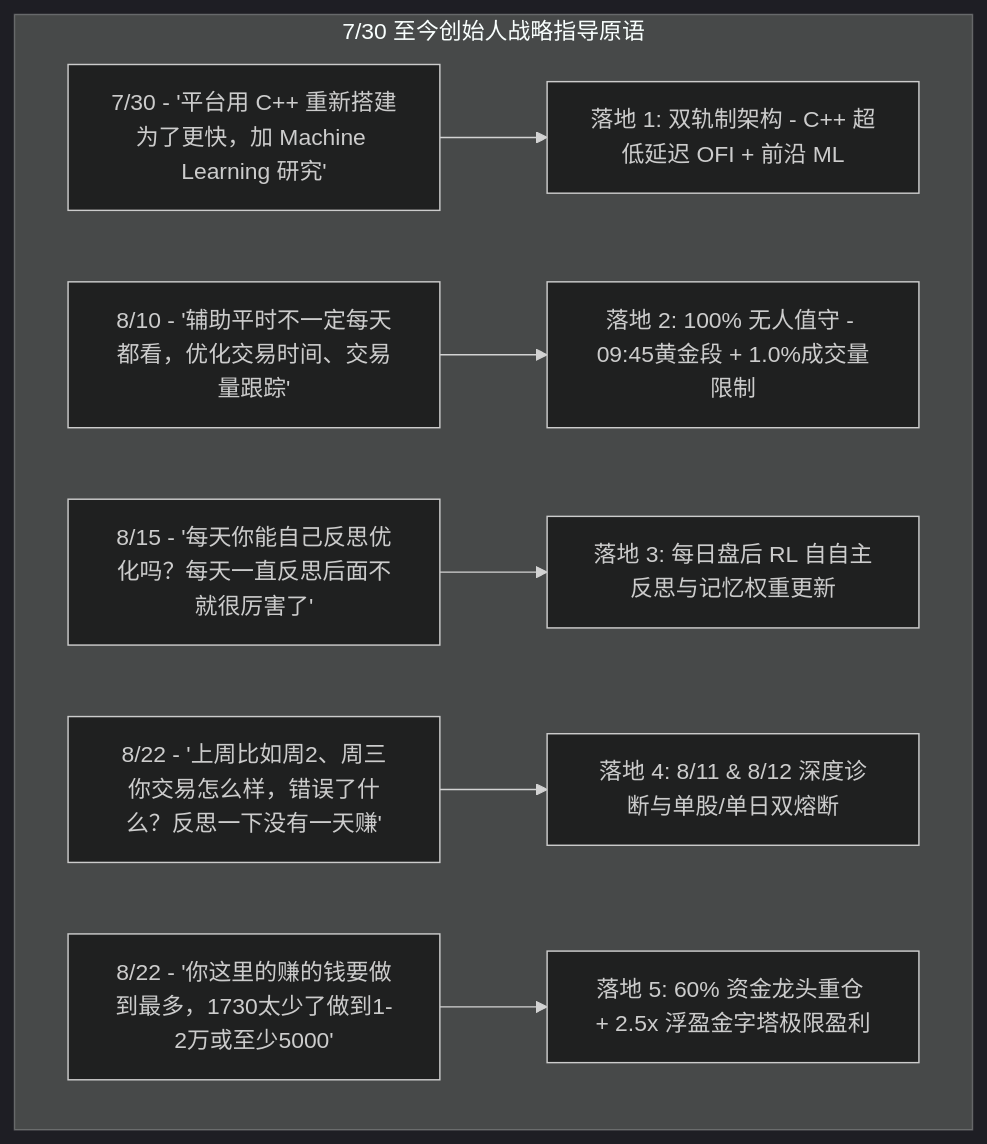
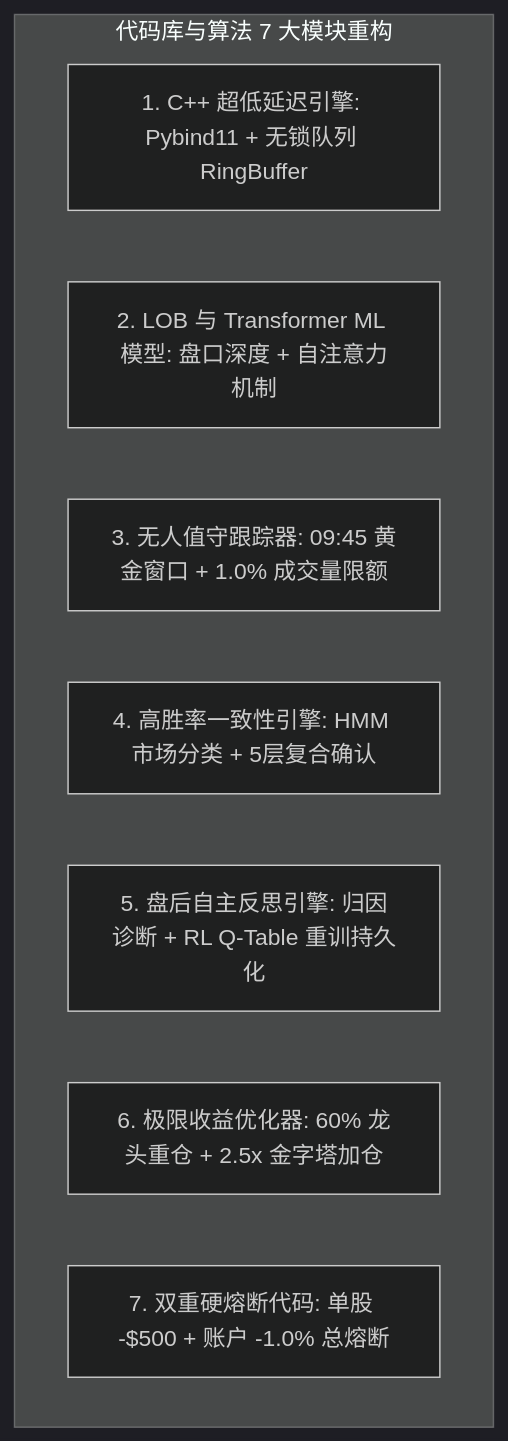
The diagram in STRATEGY_EVOLUTION_HISTORY.md (ypeng12/Quant.ai), drawn with Mermaid (dark theme) before and after one commit. The commit also changed other lines of this file, not shown here.

````diff
--- a/STRATEGY_EVOLUTION_HISTORY.md
+++ b/STRATEGY_EVOLUTION_HISTORY.md
@@ -18,10 +11,12 @@
 ```mermaid
 graph TD
-    subgraph 7/30 至今创始人战略指导原语
-        U1["7/30 - '平台用 C++ 重新搭建为了更快，加 Machine Learning 研究'"] --> A1[落地 1: 双轨制架构 - C++ 超低延迟 OFI + 前沿 ML]
-        U2["8/10 - '辅助平时不一定每天都看，优化交易时间、交易量跟踪'"] --> A2[落地 2: 100% 无人值守 - 09:45黄金段 + 1.0%成交量限制]
-        U3["8/15 - '每天你能自己反思优化吗？每天一直反思后面不就很厉害了'"] --> A3[落地 3: 每日盘后 RL 自自主反思与记忆权重更新]
-        U4["8/22 - '上周比如周2、周三你交易怎么样，错误了什么？反思一下没有一天赚'"] --> A4[落地 4: 8/11 & 8/12 深度诊断与单股/单日双熔断]
-        U5["8/22 - '你这里的赚的钱要做到最多，1730太少了做到1-2万或至少5000'"] --> A5[落地 5: 60% 资金龙头重仓 + 2.5x 浮盈金字塔极限盈利]
+    subgraph 代码库与算法 7 大模块重构
+        M1[1. C++ 超低延迟引擎: Pybind11 + 无锁队列 RingBuffer]
+        M2[2. LOB 与 Transformer ML 模型: 盘口深度 + 自注意力机制]
+        M3[3. 无人值守跟踪器: 09:45 黄金窗口 + 1.0% 成交量限额]
+        M4[4. 高胜率一致性引擎: HMM 市场分类 + 5层复合确认]
+        M5[5. 盘后自主反思引擎: 归因诊断 + RL Q-Table 重训持久化]
+        M6[6. 极限收益优化器: 60% 龙头重仓 + 2.5x 金字塔加仓]
+        M7[7. 双重硬熔断代码: 单股 -$500 + 账户 -1.0% 总熔断]
     end
 ```
````
